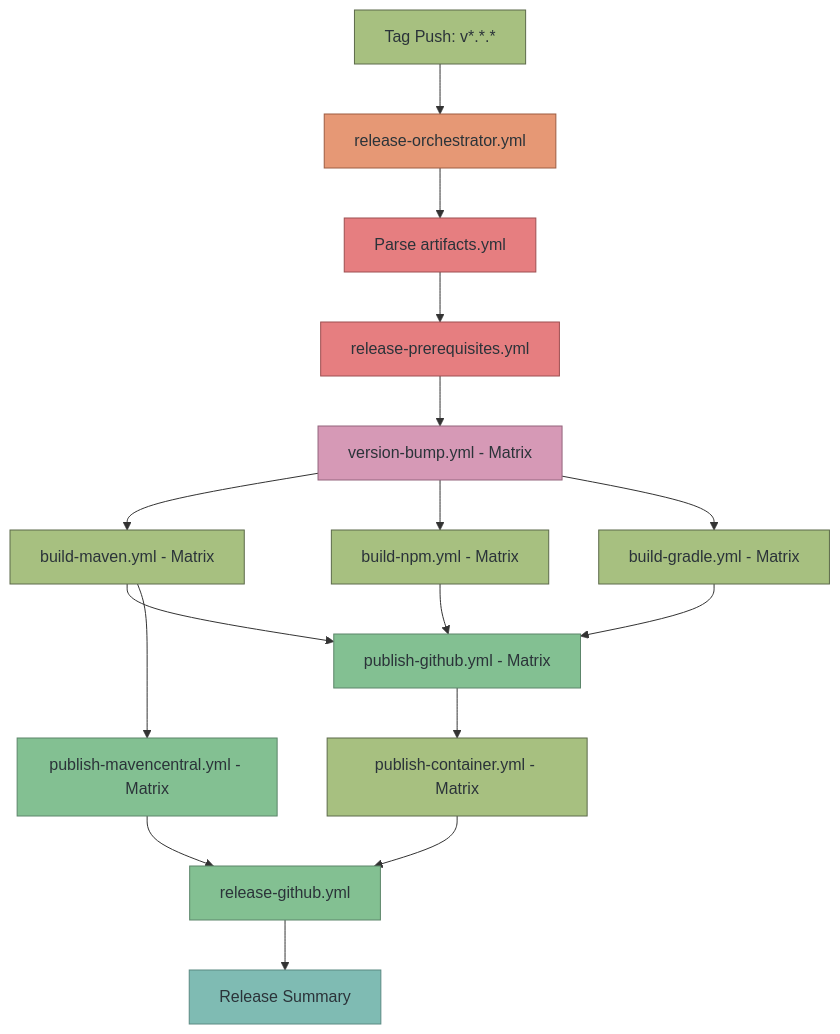
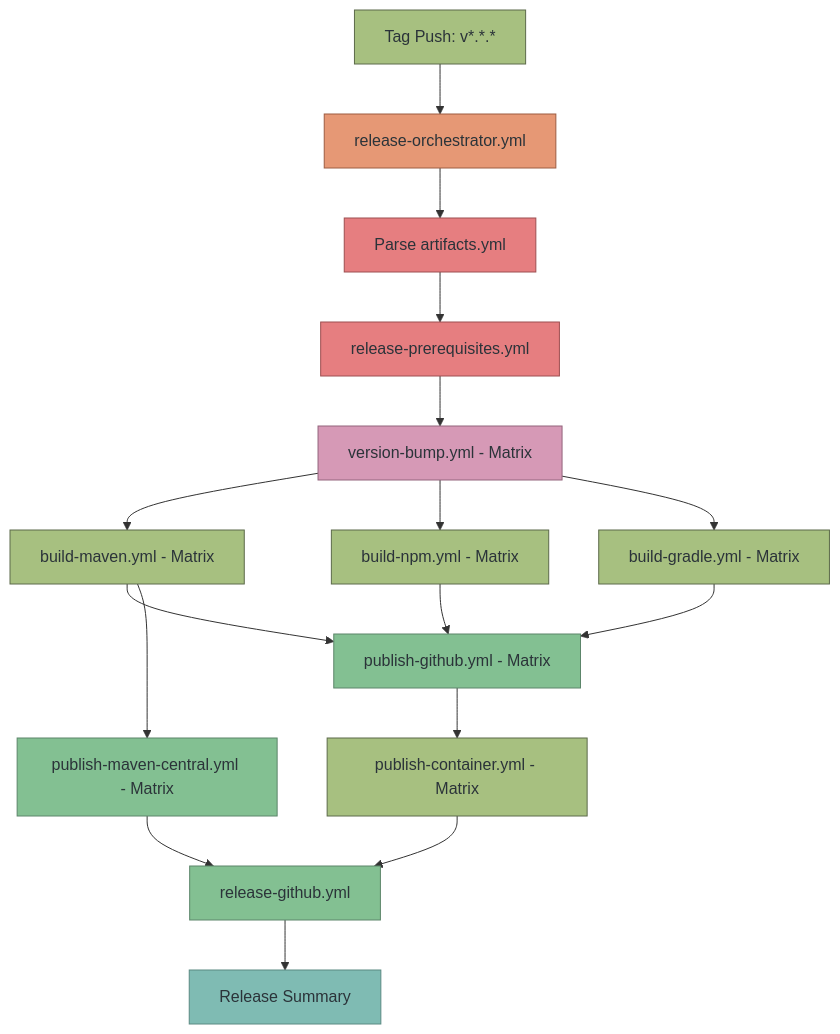
Before and after one commit to diggsweden/reusable-ci: the second of 6 diagrams in docs/workflows.md, drawn with Mermaid. The commit also changed 12 other files, not shown here.

````diff
--- a/docs/workflows.md
+++ b/docs/workflows.md
@@ -36,38 +36,38 @@
 ```mermaid
 graph TD
     A[Tag Push: v*.*.* ] --> B[release-orchestrator.yml]
     B --> C[Parse artifacts.yml]
     C --> D[release-prerequisites.yml]
     D --> E[version-bump.yml - Matrix]
 
     E --> F[build-maven.yml - Matrix]
     E --> G[build-npm.yml - Matrix]
     E --> H[build-gradle.yml - Matrix]
 
     F --> I[publish-github.yml - Matrix]
     G --> I
     H --> I
 
-    F --> J[publish-mavencentral.yml - Matrix]
+    F --> J[publish-maven-central.yml - Matrix]
 
     I --> K[publish-container.yml - Matrix]
 
     K --> L[release-github.yml]
     J --> L
 
     L --> M[Release Summary]
 
     style A fill:#a7c080,stroke:#5c6a4a,color:#2b3339
     style B fill:#e69875,stroke:#9d5c41,color:#2b3339
     style C fill:#e67e80,stroke:#9d4f50,color:#2b3339
     style D fill:#e67e80,stroke:#9d4f50,color:#2b3339
     style E fill:#d699b6,stroke:#93647c,color:#2b3339
     style F fill:#a7c080,stroke:#5c6a4a,color:#2b3339
     style G fill:#a7c080,stroke:#5c6a4a,color:#2b3339
     style H fill:#a7c080,stroke:#5c6a4a,color:#2b3339
     style I fill:#83c092,stroke:#5c856a,color:#2b3339
     style J fill:#83c092,stroke:#5c856a,color:#2b3339
     style K fill:#a7c080,stroke:#5c6a4a,color:#2b3339
     style L fill:#83c092,stroke:#5c856a,color:#2b3339
     style M fill:#7fbbb3,stroke:#5a8a82,color:#2b3339
 ```
````
